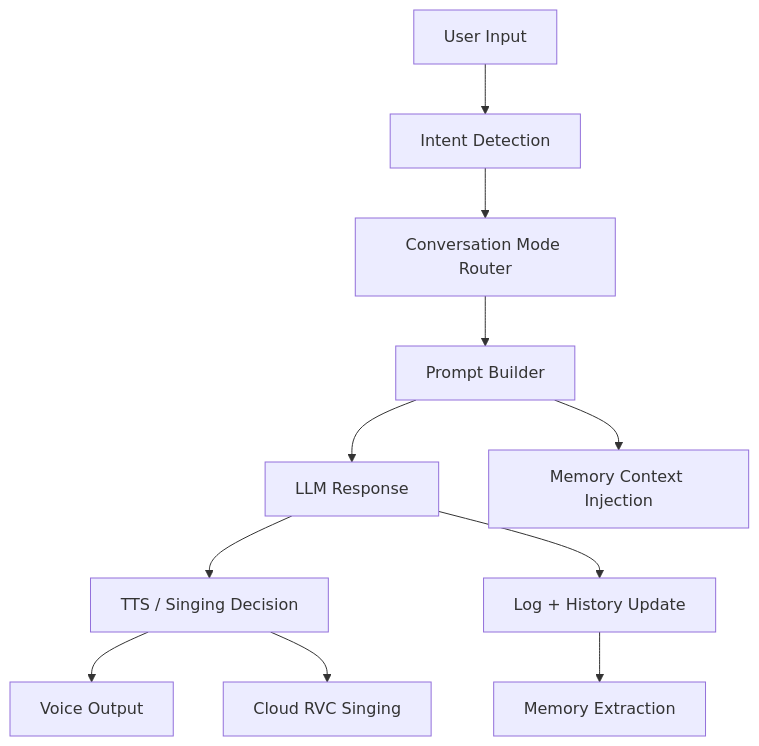
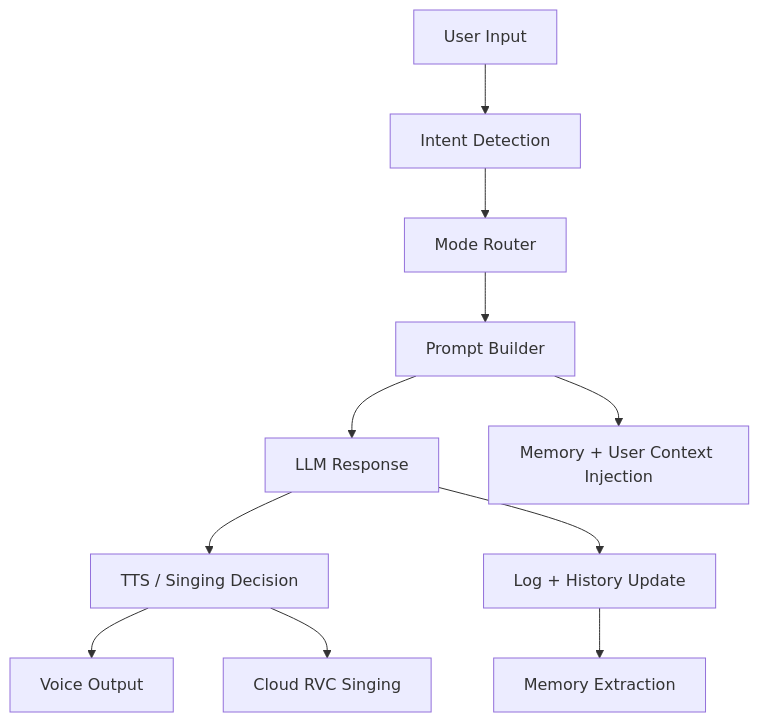
The second of 2 diagrams in README.md (GitGPT-jpg/voice-companion-agent), drawn with Mermaid before and after one commit. The commit also changed other lines of this file, not shown here.

````diff
--- a/README.md
+++ b/README.md
@@ -101,13 +284,13 @@
 ```mermaid
 flowchart TD
     A["User Input"] --> B["Intent Detection"]
-    B --> C["Conversation Mode Router"]
+    B --> C["Mode Router"]
     C --> D["Prompt Builder"]
     D --> E["LLM Response"]
-    D --> F["Memory Context Injection"]
+    D --> F["Memory + User Context Injection"]
     E --> G["TTS / Singing Decision"]
     G --> H["Voice Output"]
     G --> I["Cloud RVC Singing"]
     E --> J["Log + History Update"]
     J --> K["Memory Extraction"]
 ```
````
